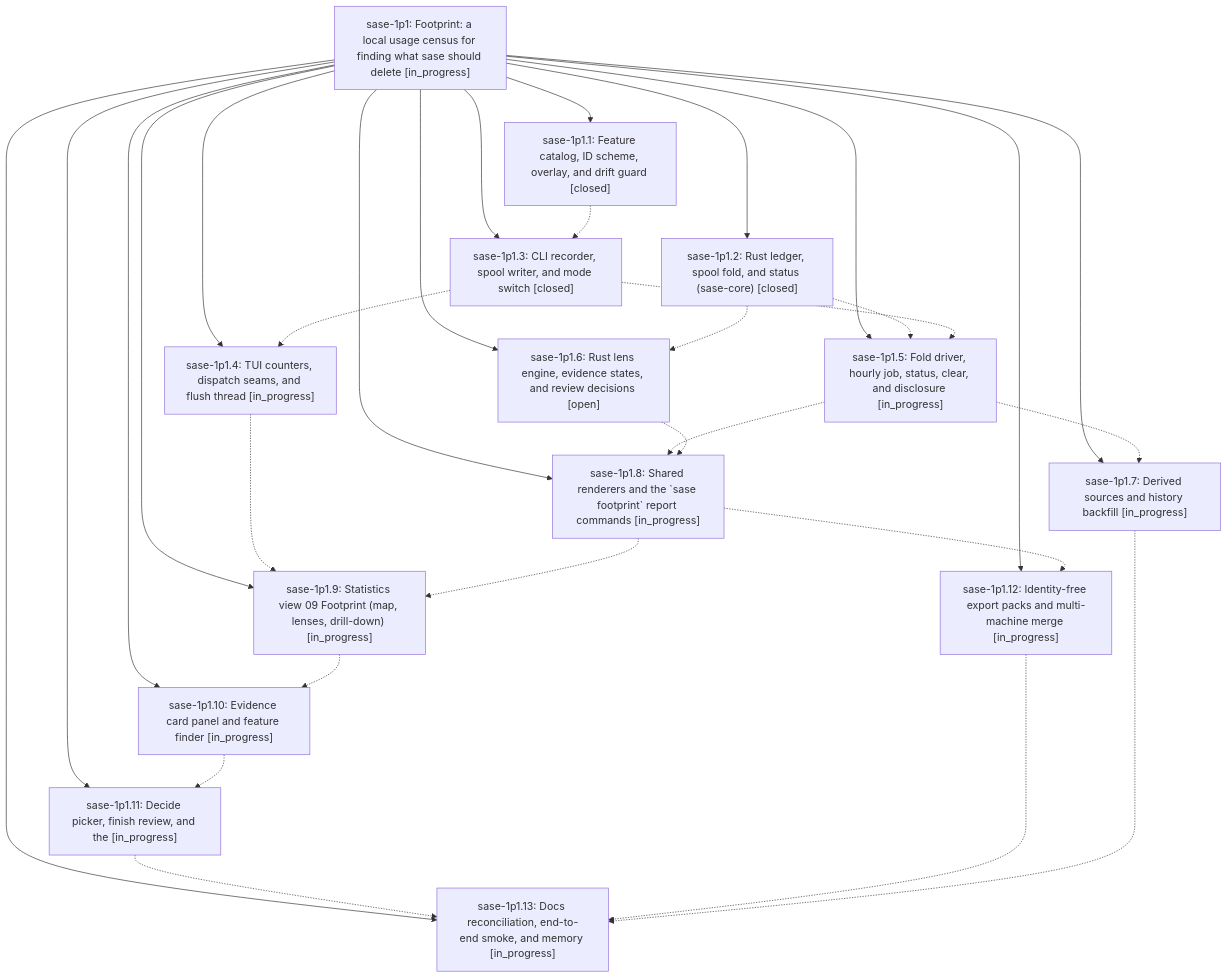
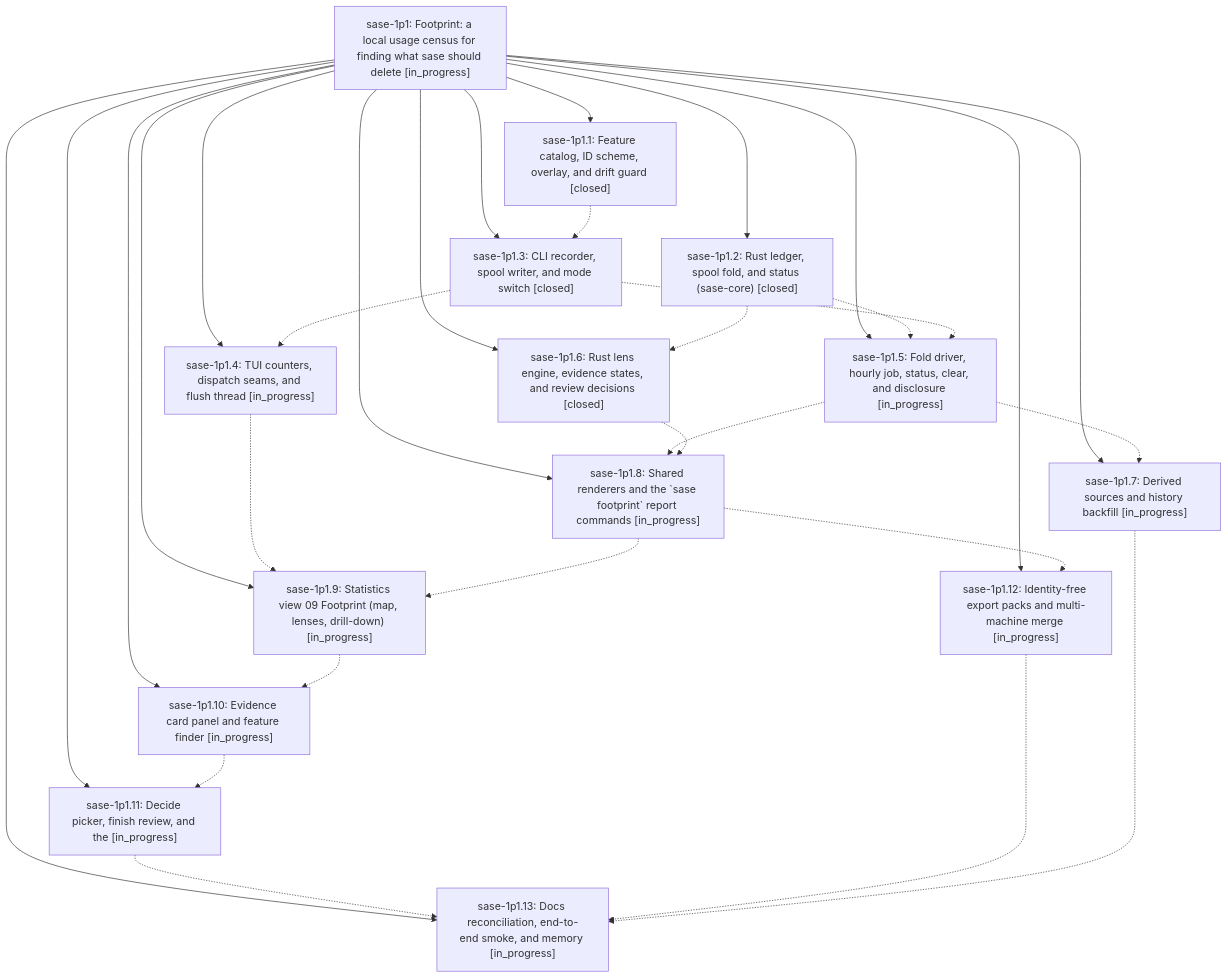
The diagram in pages/sase-1p1/README.md (sase-org/sase--beads), drawn with Mermaid before and after one commit. The commit also changed other lines of this file and 6 other files, not shown here.

````diff
--- a/pages/sase-1p1/README.md
+++ b/pages/sase-1p1/README.md
@@ -57,46 +57,46 @@
 ```mermaid
 flowchart TD
     n0["sase-1p1: Footprint: a local usage census for finding what sase should delete [in_progress]"]
     n1["sase-1p1.1: Feature catalog, ID scheme, overlay, and drift guard [closed]"]
     n2["sase-1p1.10: Evidence card panel and feature finder [in_progress]"]
     n3["sase-1p1.11: Decide picker, finish review, and the [in_progress]"]
     n4["sase-1p1.12: Identity-free export packs and multi-machine merge [in_progress]"]
     n5["sase-1p1.13: Docs reconciliation, end-to-end smoke, and memory [in_progress]"]
     n6["sase-1p1.2: Rust ledger, spool fold, and status (sase-core) [closed]"]
     n7["sase-1p1.3: CLI recorder, spool writer, and mode switch [closed]"]
     n8["sase-1p1.4: TUI counters, dispatch seams, and flush thread [in_progress]"]
     n9["sase-1p1.5: Fold driver, hourly job, status, clear, and disclosure [in_progress]"]
-    n10["sase-1p1.6: Rust lens engine, evidence states, and review decisions [open]"]
+    n10["sase-1p1.6: Rust lens engine, evidence states, and review decisions [closed]"]
     n11["sase-1p1.7: Derived sources and history backfill [in_progress]"]
     n12["sase-1p1.8: Shared renderers and the `sase footprint` report commands [in_progress]"]
     n13["sase-1p1.9: Statistics view 09 Footprint (map, lenses, drill-down) [in_progress]"]
     n0 --> n1
     n0 --> n2
     n0 --> n3
     n0 --> n4
     n0 --> n5
     n0 --> n6
     n0 --> n7
     n0 --> n8
     n0 --> n9
     n0 --> n10
     n0 --> n11
     n0 --> n12
     n0 --> n13
     n1 -.-> n7
     n2 -.-> n3
     n3 -.-> n5
     n4 -.-> n5
     n6 -.-> n9
     n6 -.-> n10
     n7 -.-> n8
     n7 -.-> n9
     n8 -.-> n13
     n9 -.-> n11
     n9 -.-> n12
     n10 -.-> n12
     n11 -.-> n5
     n12 -.-> n4
     n12 -.-> n13
     n13 -.-> n2
 ```
````
